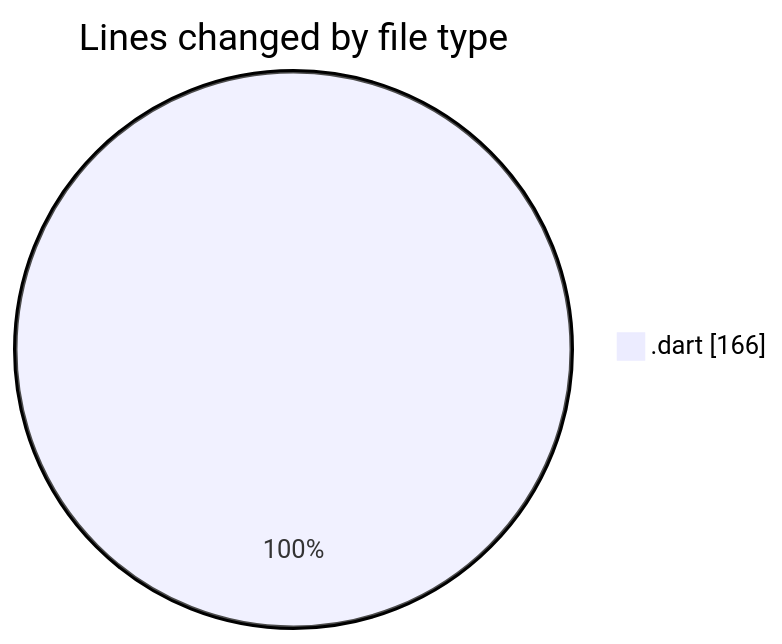
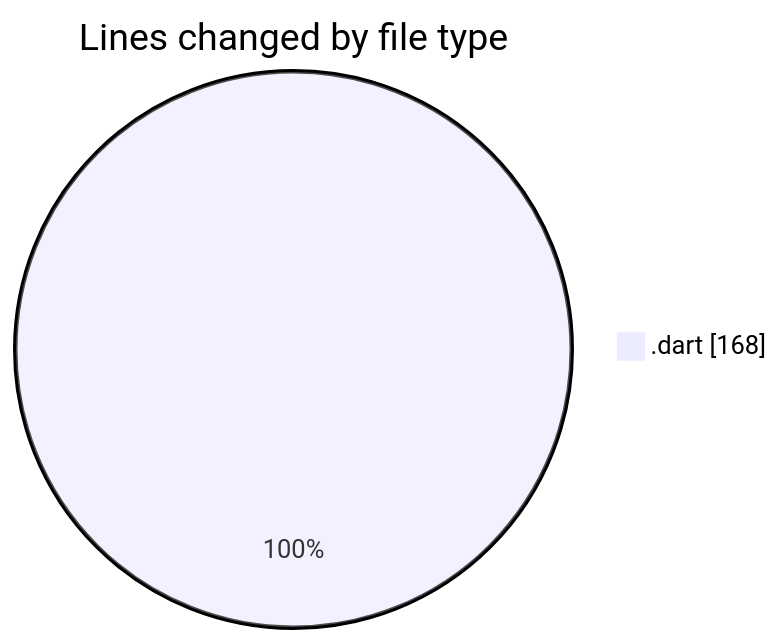
Before and after one commit to lephambinh05/code-tracking: the first of 2 diagrams in 2025-08-05/studybuddy/README.md, drawn with Mermaid. The commit also changed other lines of this file and 1 other file, not shown here.

````diff
--- a/2025-08-05/studybuddy/README.md
+++ b/2025-08-05/studybuddy/README.md
@@ -22,5 +22,5 @@
 ```mermaid
 pie showData
 title Lines changed by file type
-".dart" : 166
+".dart" : 168
 ```
````
